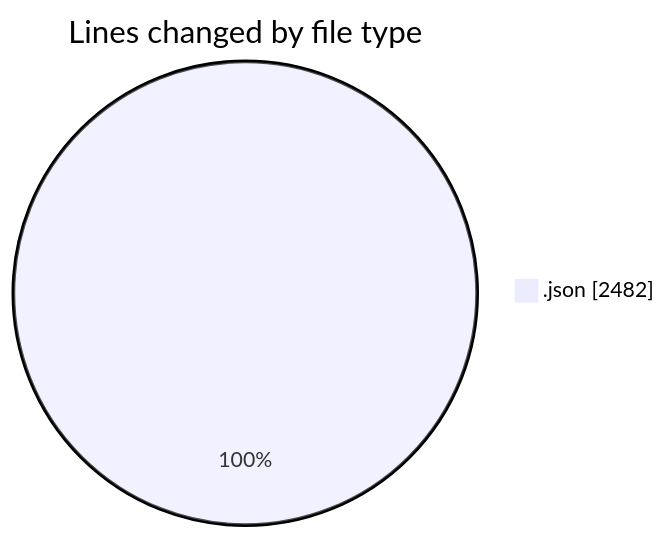
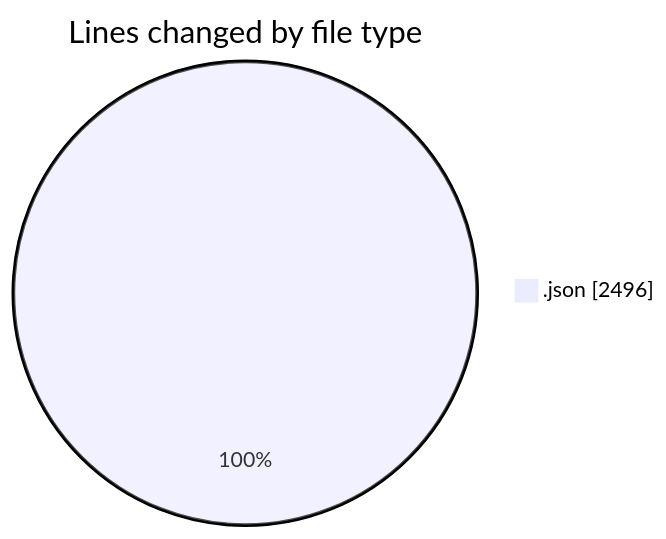
The first of 2 diagrams in 2025-07-28/_claude/README.md (EIIisD/code-tracking), drawn with Mermaid before and after one commit. The commit also changed other lines of this file and 1 other file, not shown here.

````diff
--- a/2025-07-28/_claude/README.md
+++ b/2025-07-28/_claude/README.md
@@ -20,5 +20,5 @@
 ```mermaid
 pie showData
 title Lines changed by file type
-".json" : 2482
+".json" : 2496
 ```
````
